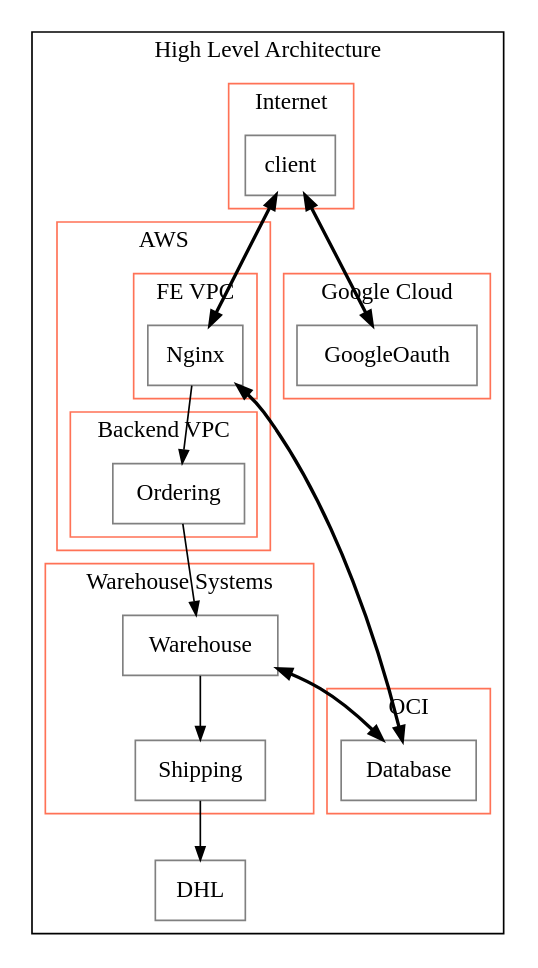
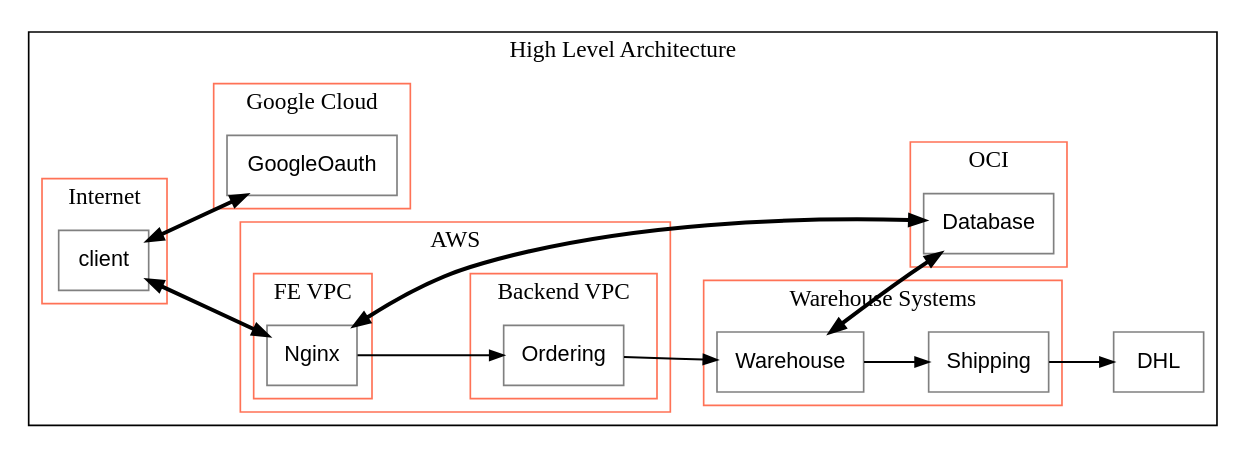
One commit to hyakuhei/ltm changed the diagram in examples/output/High Level Architecture.dot. Above: the diagram before and after it, drawn with Graphviz. The commit also changed 9 other files, not shown here.

```diff
--- a/examples/output/High Level Architecture.dot
+++ b/examples/output/High Level Architecture.dot
@@ -1,51 +1,52 @@
 digraph G {
 compound=true;
+rankdir="LR"
     subgraph cluster1 {
     label="High Level Architecture";
     color="Black";
-        node16 [label="DHL" shape="box", margin="0.1", color="Grey"];
+        node16 [label="DHL" shape="box", margin="0.1", color="Grey", fontsize="13", fontname="Helvetica"];
         subgraph cluster2 {
         label="AWS";
         color="Coral1";
             subgraph cluster3 {
             label="FE VPC";
             color="Coral1";
-                node4 [label="Nginx" shape="box", margin="0.1", color="Grey"];
+                node4 [label="Nginx" shape="box", margin="0.1", color="Grey", fontsize="13", fontname="Helvetica"];
             }
             subgraph cluster11 {
             label="Backend VPC";
             color="Coral1";
-                node12 [label="Ordering" shape="box", margin="0.1", color="Grey"];
+                node12 [label="Ordering" shape="box", margin="0.1", color="Grey", fontsize="13", fontname="Helvetica"];
             }
         }
         subgraph cluster5 {
         label="Internet";
         color="Coral1";
-            node6 [label="client" shape="box", margin="0.1", color="Grey"];
+            node6 [label="client" shape="box", margin="0.1", color="Grey", fontsize="13", fontname="Helvetica"];
         }
         subgraph cluster7 {
         label="OCI";
         color="Coral1";
-            node8 [label="Database" shape="box", margin="0.1", color="Grey"];
+            node8 [label="Database" shape="box", margin="0.1", color="Grey", fontsize="13", fontname="Helvetica"];
         }
         subgraph cluster9 {
         label="Google Cloud";
         color="Coral1";
-            node10 [label="GoogleOauth" shape="box", margin="0.1", color="Grey"];
+            node10 [label="GoogleOauth" shape="box", margin="0.1", color="Grey", fontsize="13", fontname="Helvetica"];
         }
         subgraph cluster13 {
         label="Warehouse Systems";
         color="Coral1";
-            node14 [label="Warehouse" shape="box", margin="0.1", color="Grey"];
-            node15 [label="Shipping" shape="box", margin="0.1", color="Grey"];
+            node14 [label="Warehouse" shape="box", margin="0.1", color="Grey", fontsize="13", fontname="Helvetica"];
+            node15 [label="Shipping" shape="box", margin="0.1", color="Grey", fontsize="13", fontname="Helvetica"];
         }
     }
-node6->node4 [label="" dir=both, fontsize="10", penwidth="2", arrowsize="0.8"];
-node4->node8 [label="" dir=both, fontsize="10", penwidth="2", arrowsize="0.8"];
-node6->node10 [label="" dir=both, fontsize="10", penwidth="2", arrowsize="0.8"];
-node4->node12 [label="" fontsize="10", penwidth="1", arrowsize="0.8"];
-node12->node14 [label="" fontsize="10", penwidth="1", arrowsize="0.8"];
-node14->node8 [label="" dir=both, fontsize="10", penwidth="2", arrowsize="0.8"];
-node14->node15 [label="" fontsize="10", penwidth="1", arrowsize="0.8"];
-node15->node16 [label="" fontsize="10", penwidth="1", arrowsize="0.8"];
+node6->node4 [label="" dir=both, fontsize="10", penwidth="2.4", arrowsize="0.8"];
+node4->node8 [label="" dir=both, fontsize="10", penwidth="2.4", arrowsize="0.8"];
+node6->node10 [label="" dir=both, fontsize="10", penwidth="2.4", arrowsize="0.8"];
+node4->node12 [label="" fontsize="10", penwidth="1.2", arrowsize="0.8"];
+node12->node14 [label="" fontsize="10", penwidth="1.2", arrowsize="0.8"];
+node14->node8 [label="" dir=both, fontsize="10", penwidth="2.4", arrowsize="0.8"];
+node14->node15 [label="" fontsize="10", penwidth="1.2", arrowsize="0.8"];
+node15->node16 [label="" fontsize="10", penwidth="1.2", arrowsize="0.8"];
 }
```
